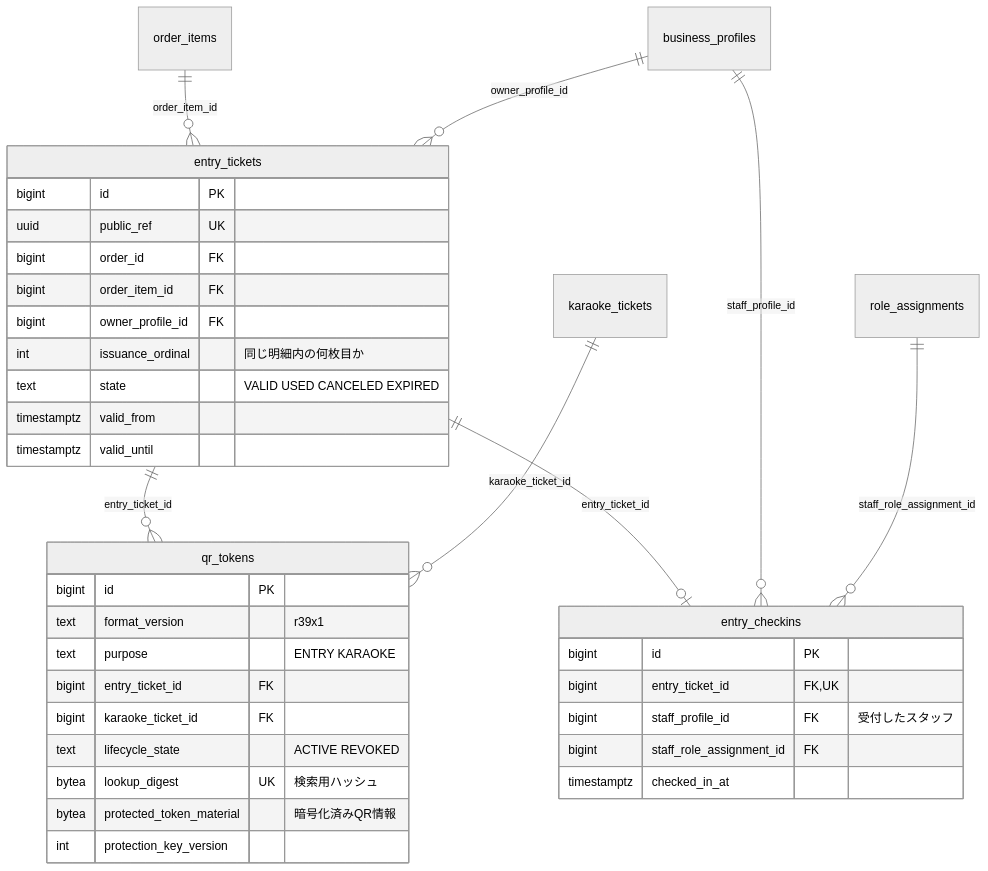
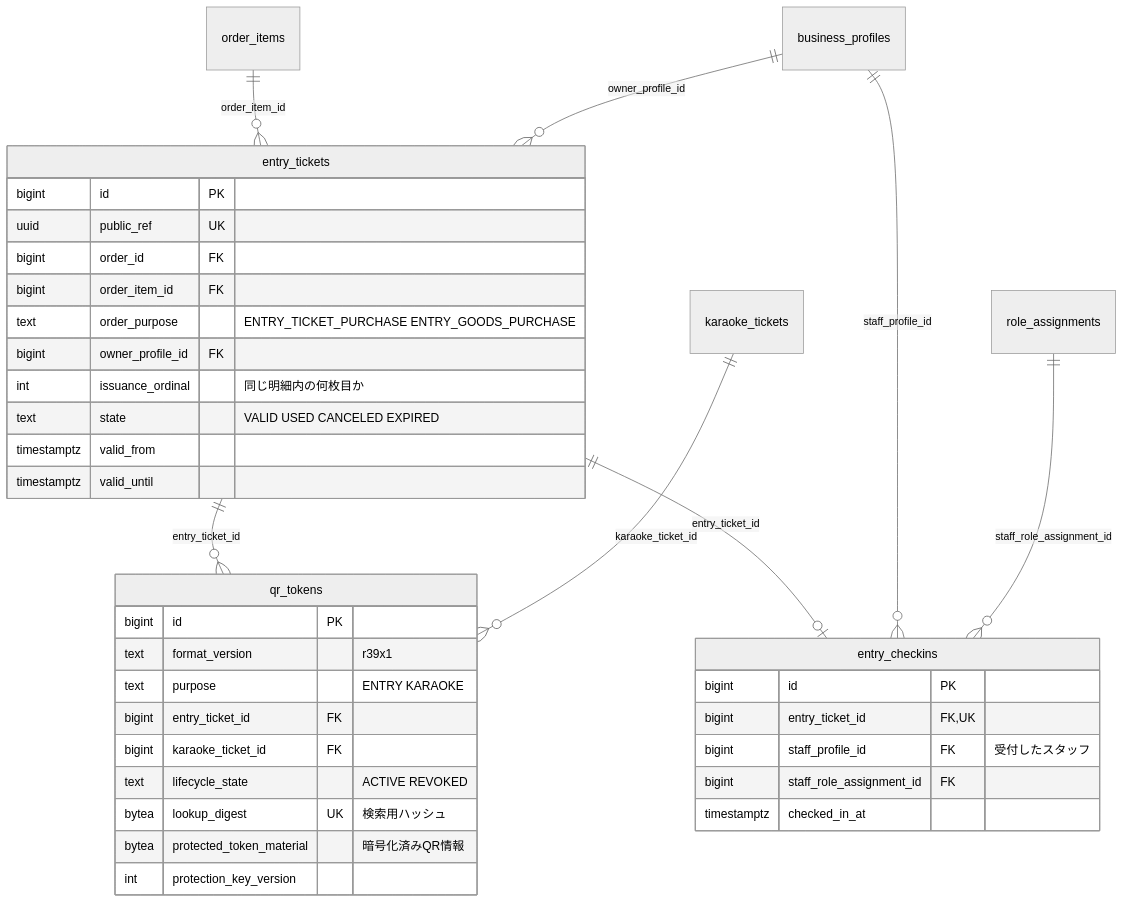
The eighth of 11 diagrams in docs/drafts/er-diagram.md (HayatoFukami/off-r39x), drawn with Mermaid (neutral theme) before and after one commit. The commit also changed other lines of this file and 4 other files, not shown here.

````diff
--- a/docs/drafts/er-diagram.md
+++ b/docs/drafts/er-diagram.md
@@ -496,40 +517,41 @@
 ```mermaid
 erDiagram
     order_items ||--o{ entry_tickets : "order_item_id"
     business_profiles ||--o{ entry_tickets : "owner_profile_id"
     entry_tickets ||--o{ qr_tokens : "entry_ticket_id"
     karaoke_tickets ||--o{ qr_tokens : "karaoke_ticket_id"
     entry_tickets ||--o| entry_checkins : "entry_ticket_id"
     business_profiles ||--o{ entry_checkins : "staff_profile_id"
     role_assignments ||--o{ entry_checkins : "staff_role_assignment_id"
 
     entry_tickets {
         bigint id PK
         uuid public_ref UK
         bigint order_id FK
         bigint order_item_id FK
+        text order_purpose "ENTRY_TICKET_PURCHASE ENTRY_GOODS_PURCHASE"
         bigint owner_profile_id FK
         int issuance_ordinal "同じ明細内の何枚目か"
         text state "VALID USED CANCELED EXPIRED"
         timestamptz valid_from
         timestamptz valid_until
     }
     qr_tokens {
         bigint id PK
         text format_version "r39x1"
         text purpose "ENTRY KARAOKE"
         bigint entry_ticket_id FK
         bigint karaoke_ticket_id FK
         text lifecycle_state "ACTIVE REVOKED"
         bytea lookup_digest UK "検索用ハッシュ"
         bytea protected_token_material "暗号化済みQR情報"
         int protection_key_version
     }
     entry_checkins {
         bigint id PK
         bigint entry_ticket_id FK, UK
         bigint staff_profile_id FK "受付したスタッフ"
         bigint staff_role_assignment_id FK
         timestamptz checked_in_at
     }
 ```
````
